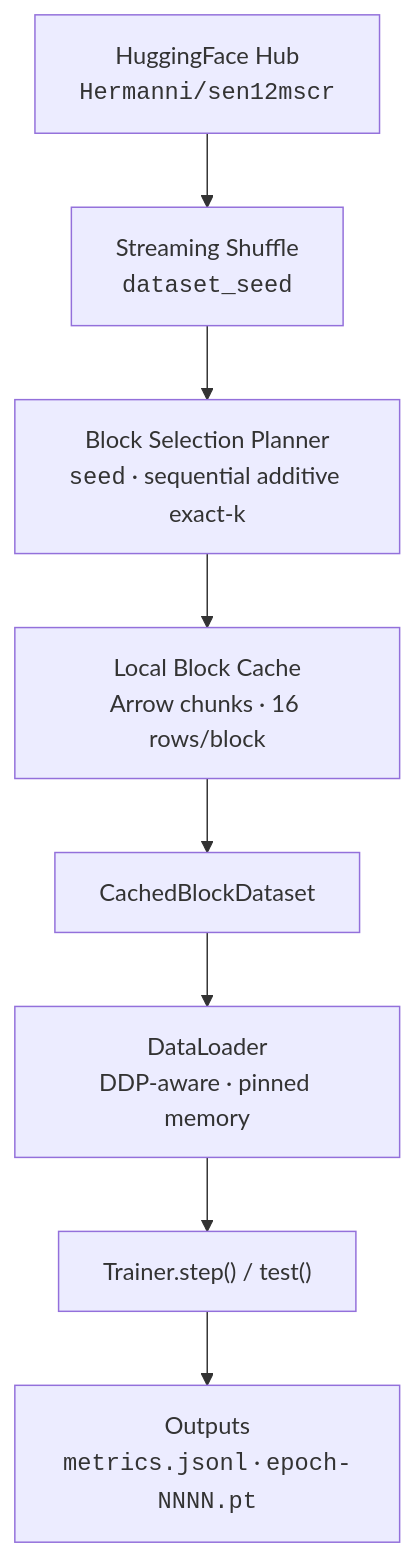
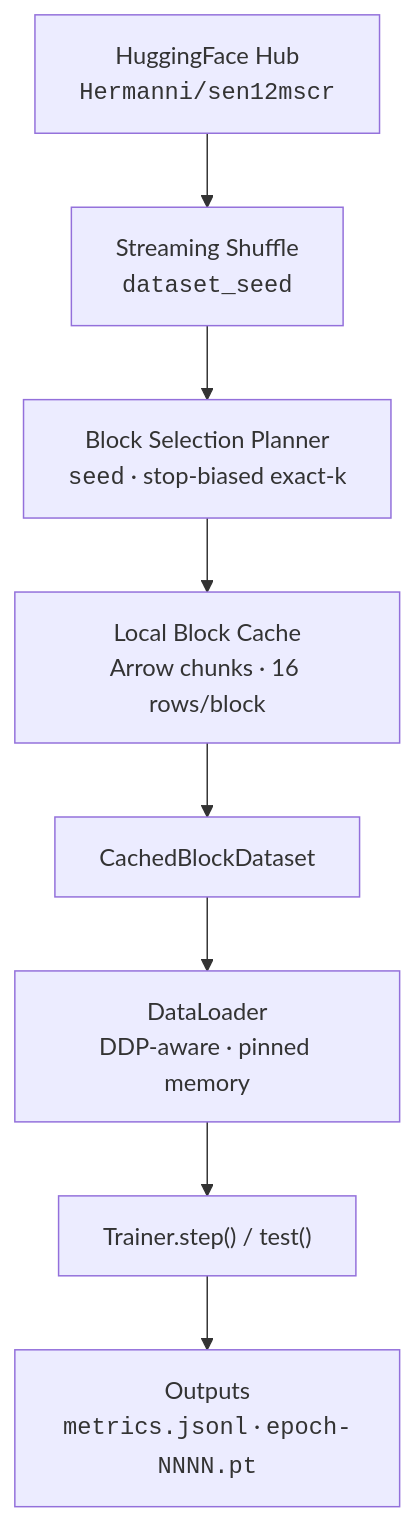
One commit to smturtle2/cr-train changed the diagram in README.md. Above: the diagram before and after it, drawn with Mermaid. The commit also changed other lines of this file and 1 other file, not shown here.

Commit message:
docs: README 내용 업데이트 - stop block 확률표 및 블록 선택 플래너 설명 수정

````diff
--- a/README.md
+++ b/README.md
@@ -120,14 +120,14 @@
 ```mermaid
 flowchart TD
     HF["HuggingFace Hub<br/><code>Hermanni/sen12mscr</code>"]
     SHUFFLE["Streaming Shuffle<br/><code>dataset_seed</code>"]
-    PLAN["Block Selection Planner<br/><code>seed</code> · sequential additive exact-k"]
+    PLAN["Block Selection Planner<br/><code>seed</code> · stop-biased exact-k"]
     CACHE["Local Block Cache<br/>Arrow chunks · 16 rows/block"]
     DS["CachedBlockDataset"]
     DL["DataLoader<br/>DDP-aware · pinned memory"]
     TRAIN["Trainer.step() / test()"]
     OUT["Outputs<br/><code>metrics.jsonl</code> · <code>epoch-NNNN.pt</code>"]
 
     HF --> SHUFFLE --> PLAN --> CACHE
     CACHE --> DS --> DL --> TRAIN --> OUT
 ```
````
